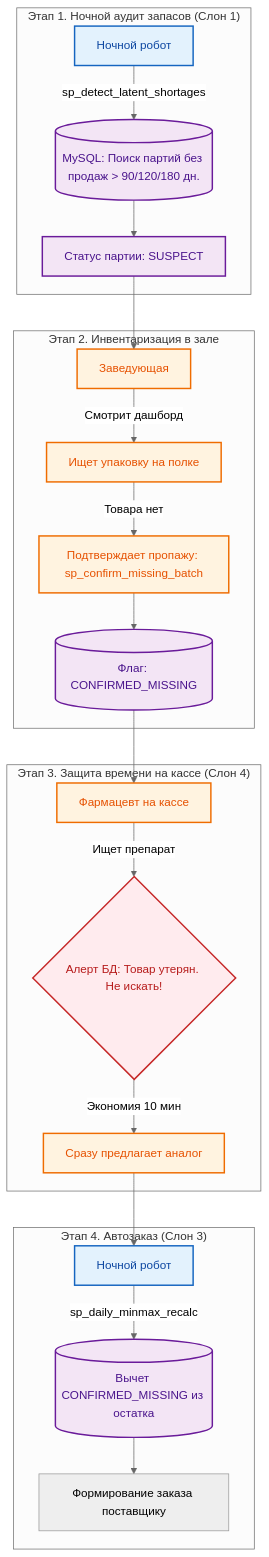
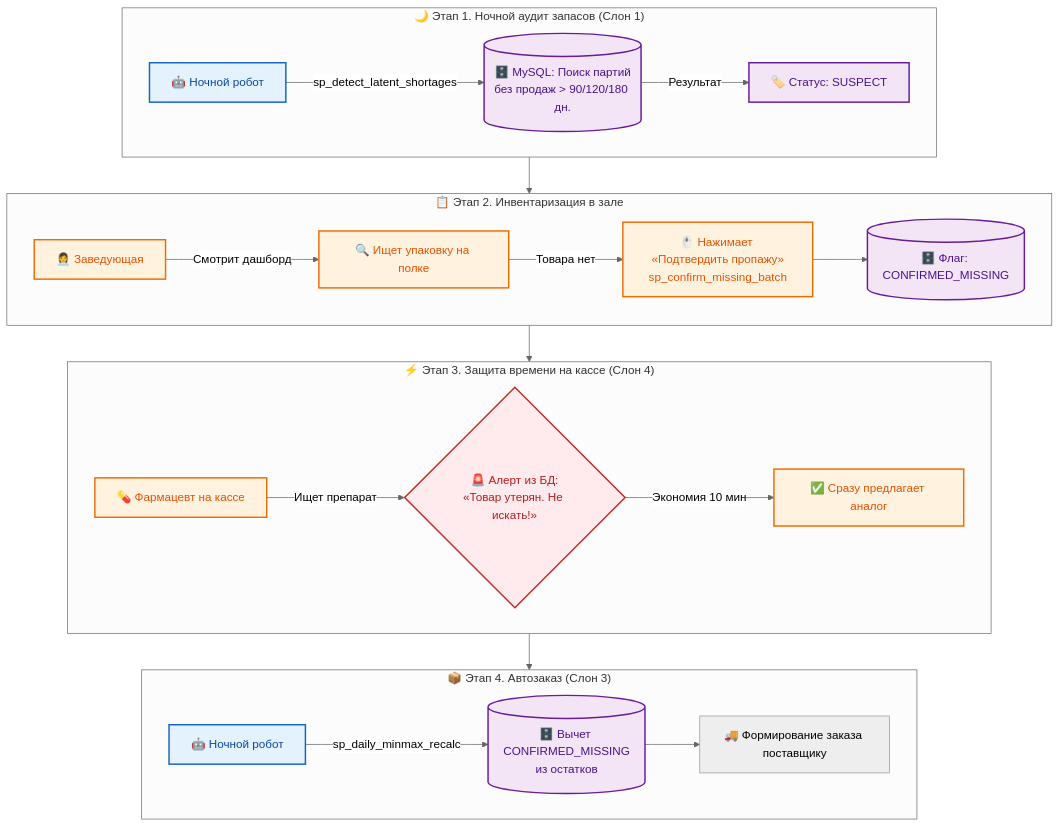
Before and after one commit to vladbatalov/pharm_pentagon: the second of 3 diagrams in README.md, drawn with Mermaid (neutral theme). The commit also changed other lines of this file, not shown here.

Commit message:
README.md

````diff
--- a/README.md
+++ b/README.md
@@ -123,37 +123,44 @@
 ```mermaid
 flowchart TD
+    %% Стили для ролей и акцентов
     classDef robot fill:#e3f2fd,stroke:#1565c0,stroke-width:2px,color:#0d47a1
     classDef human fill:#fff3e0,stroke:#ef6c00,stroke-width:2px,color:#e65100
     classDef db fill:#f3e5f5,stroke:#6a1b9a,stroke-width:2px,color:#4a148c
     classDef alert fill:#ffebee,stroke:#c62828,stroke-width:2px,color:#b71c1c
 
-    subgraph S1["Этап 1. Ночной аудит запасов (Слон 1)"]
-        A1["Ночной робот"] -->|sp_detect_latent_shortages| A2[("MySQL: Поиск партий без продаж > 90/120/180 дн.")]
-        A2 --> A3["Статус партии: SUSPECT"]
+    subgraph S1 ["🌙 Этап 1. Ночной аудит запасов (Слон 1)"]
+        direction LR
+        A1[🤖 Ночной робот] -->|sp_detect_latent_shortages| A2[(🗄️ MySQL: Поиск партий<br/>без продаж > 90/120/180 дн.)]
+        A2 -->|Результат| A3[🏷️ Статус: SUSPECT]
     end
 
-    subgraph S2["Этап 2. Инвентаризация в зале"]
-        B1["Заведующая"] -->|Смотрит дашборд| B2["Ищет упаковку на полке"]
-        B2 -->|Товара нет| B3["Подтверждает пропажу: sp_confirm_missing_batch"]
-        B3 --> B4[("Флаг: CONFIRMED_MISSING")]
+    subgraph S2 ["📋 Этап 2. Инвентаризация в зале"]
+        direction LR
+        B1[👩‍💼 Заведующая] -->|Смотрит дашборд| B2[🔍 Ищет упаковку на полке]
+        B2 -->|Товара нет| B3[🖱️ Нажимает «Подтвердить пропажу»<br/>sp_confirm_missing_batch]
+        B3 --> B4[(🗄️ Флаг: CONFIRMED_MISSING)]
     end
 
-    subgraph S3["Этап 3. Защита времени на кассе (Слон 4)"]
-        C1["Фармацевт на кассе"] -->|Ищет препарат| C2{"Алерт БД: Товар утерян. Не искать!"}
-        C2 -->|Экономия 10 мин| C3["Сразу предлагает аналог"]
+    subgraph S3 ["⚡ Этап 3. Защита времени на кассе (Слон 4)"]
+        direction LR
+        C1[💊 Фармацевт на кассе] -->|Ищет препарат| C2{🚨 Алерт из БД:<br/>«Товар утерян. Не искать!»}
+        C2 -->|Экономия 10 мин| C3[✅ Сразу предлагает аналог]
     end
 
-    subgraph S4["Этап 4. Автозаказ (Слон 3)"]
-        D1["Ночной робот"] -->|sp_daily_minmax_recalc| D2[("Вычет CONFIRMED_MISSING из остатка")]
-        D2 --> D3["Формирование заказа поставщику"]
+    subgraph S4 ["📦 Этап 4. Автозаказ (Слон 3)"]
+        direction LR
+        D1[🤖 Ночной робот] -->|sp_daily_minmax_recalc| D2[(🗄️ Вычет CONFIRMED_MISSING<br/>из остатков)]
+        D2 --> D3[🚚 Формирование заказа поставщику]
     end
 
-    A3 --> B1
-    B4 --> C1
-    C3 --> D1
+    %% Связи между этапами
+    S1 --> S2
+    S2 --> S3
+    S3 --> S4
 
     class A1,D1 robot
     class B1,B2,B3,C1,C3 human
     class A2,A3,B4,D2 db
     class C2 alert
+
 ```
````
